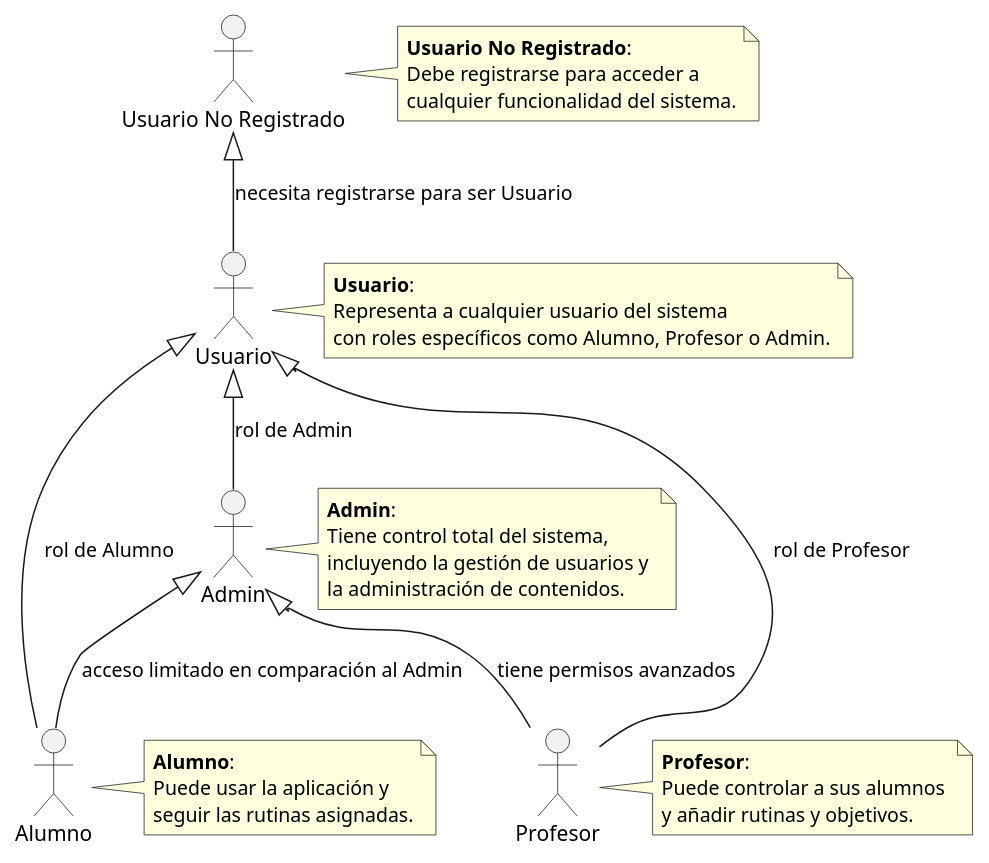
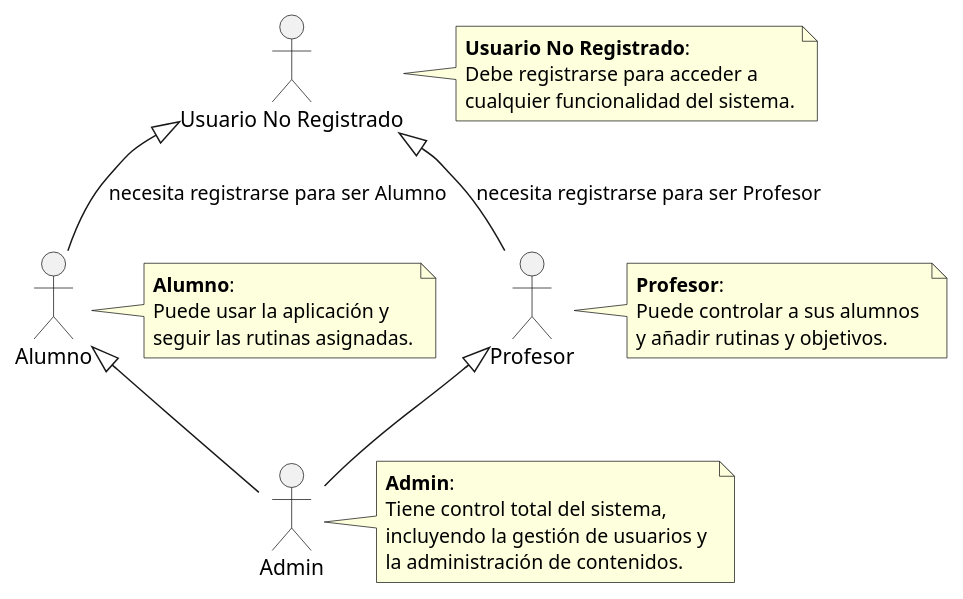
The diagram in Documentos/Actores/Actores.puml (mmasias/24-25-IdSw1-SDR), drawn with PlantUML before and after one commit.

Commit message:
Cambio en los actores

```diff
--- a/Documentos/Actores/Actores.puml
+++ b/Documentos/Actores/Actores.puml
@@ -1,48 +1,39 @@
 @startuml
 
 actor "Usuario No Registrado" as UsuarioNoRegistrado
-actor Usuario
 actor Profesor
 actor Alumno
 actor Admin
 
-UsuarioNoRegistrado <|-- Usuario : necesita registrarse para ser Usuario
-Usuario <|-- Alumno : rol de Alumno
-Usuario <|-- Profesor : rol de Profesor
-Usuario <|-- Admin : rol de Admin
+UsuarioNoRegistrado <|-- Alumno : necesita registrarse para ser Alumno
+UsuarioNoRegistrado <|-- Profesor : necesita registrarse para ser Profesor
 
-Admin <|-- Profesor : tiene permisos avanzados
-Admin <|-- Alumno : acceso limitado en comparación al Admin
+Alumno <|-- Admin 
+Profesor <|-- Admin 
 
 note right of UsuarioNoRegistrado
   **Usuario No Registrado**: 
   Debe registrarse para acceder a 
   cualquier funcionalidad del sistema.
-end note
-
-note right of Usuario
-  **Usuario**: 
-  Representa a cualquier usuario del sistema
-  con roles específicos como Alumno, Profesor o Admin.
 end note
 
 note right of Alumno
   **Alumno**: 
   Puede usar la aplicación y 
   seguir las rutinas asignadas.
 end note
 
 note right of Profesor
   **Profesor**: 
   Puede controlar a sus alumnos 
   y añadir rutinas y objetivos.
 end note
 
 note right of Admin
   **Admin**: 
   Tiene control total del sistema,
   incluyendo la gestión de usuarios y 
   la administración de contenidos.
 end note
 
 @enduml
```
